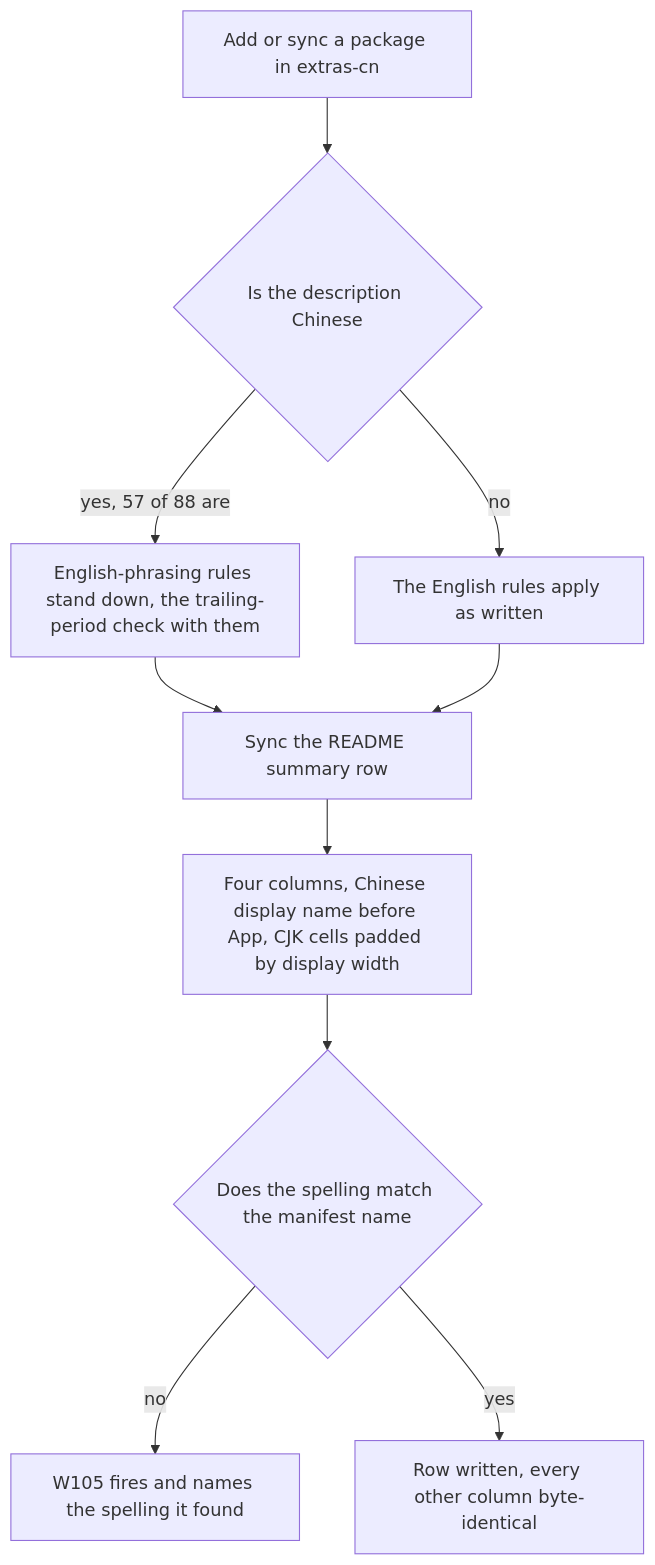
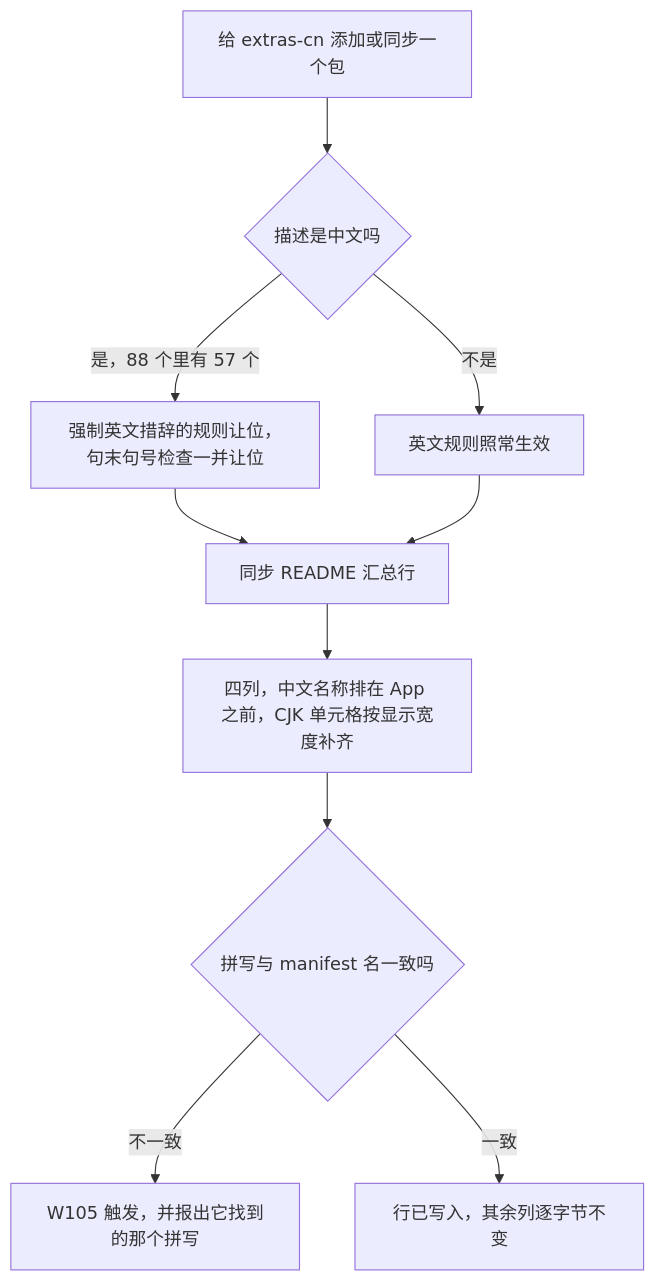
Before and after one commit to HHSTU-IST/skills: the tenth of 10 diagrams in README.md, drawn with Mermaid. The commit also changed other lines of this file and 2 other files, not shown here.

````diff
--- a/README.md
+++ b/README.md
@@ -577,12 +577,12 @@
 ```mermaid
 flowchart TD
-    A["Add or sync a package in extras-cn"] --> B{"Is the description Chinese"}
-    B -->|yes, 57 of 88 are| C["English-phrasing rules stand down, the trailing-period check with them"]
-    B -->|no| D["The English rules apply as written"]
-    C --> E["Sync the README summary row"]
+    A["给 extras-cn 添加或同步一个包"] --> B{"描述是中文吗"}
+    B -->|是，88 个里有 57 个| C["强制英文措辞的规则让位，句末句号检查一并让位"]
+    B -->|不是| D["英文规则照常生效"]
+    C --> E["同步 README 汇总行"]
     D --> E
-    E --> F["Four columns, Chinese display name before App, CJK cells padded by display width"]
-    F --> G{"Does the spelling match the manifest name"}
-    G -->|no| H["W105 fires and names the spelling it found"]
-    G -->|yes| I["Row written, every other column byte-identical"]
+    E --> F["四列，中文名称排在 App 之前，CJK 单元格按显示宽度补齐"]
+    F --> G{"拼写与 manifest 名一致吗"}
+    G -->|不一致| H["W105 触发，并报出它找到的那个拼写"]
+    G -->|一致| I["行已写入，其余列逐字节不变"]
 ```
````
